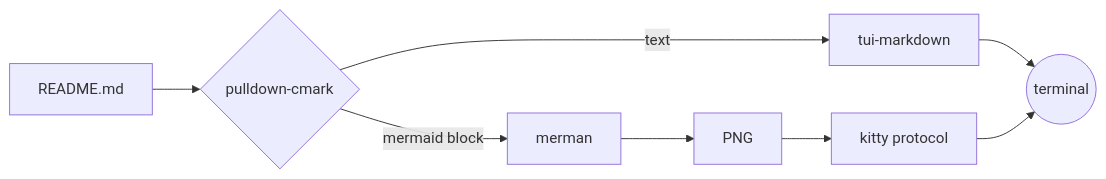
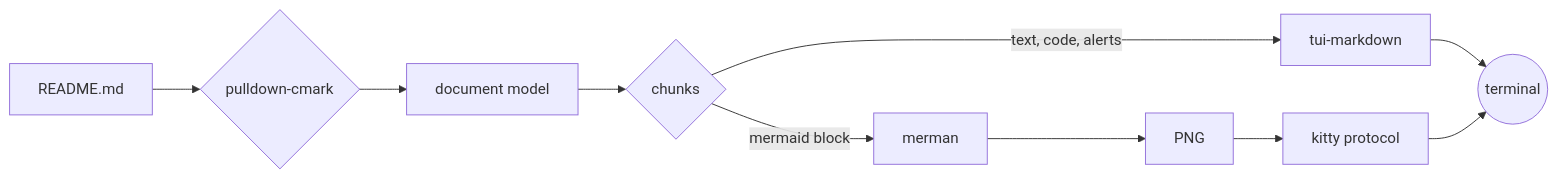
The diagram in README.md (jordandelbar/yamdview), drawn with Mermaid before and after one commit. The commit also changed other lines of this file, not shown here.

Commit message:
docs: Show the document model in README diagram (#29)

````diff
--- a/README.md
+++ b/README.md
@@ -128,10 +128,12 @@
 ```mermaid
 flowchart LR
     A[README.md] --> B{pulldown-cmark}
-    B -->|text| C[tui-markdown]
-    B -->|mermaid block| D[merman]
-    D --> E[PNG]
-    E --> F[kitty protocol]
-    C --> G((terminal))
-    F --> G
+    B --> C[document model]
+    C --> D{chunks}
+    D -->|text, code, alerts| E[tui-markdown]
+    D -->|mermaid block| F[merman]
+    F --> G[PNG]
+    G --> H[kitty protocol]
+    E --> I((terminal))
+    H --> I
 ```
````
